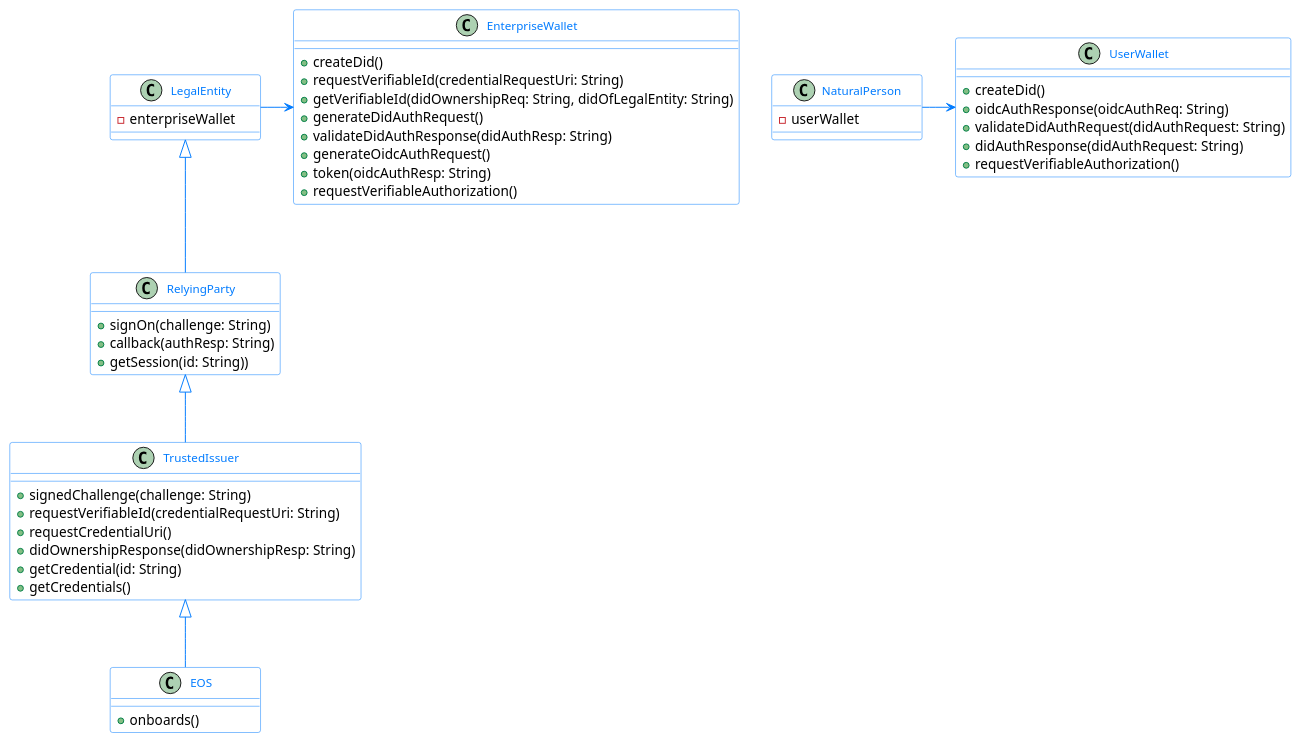
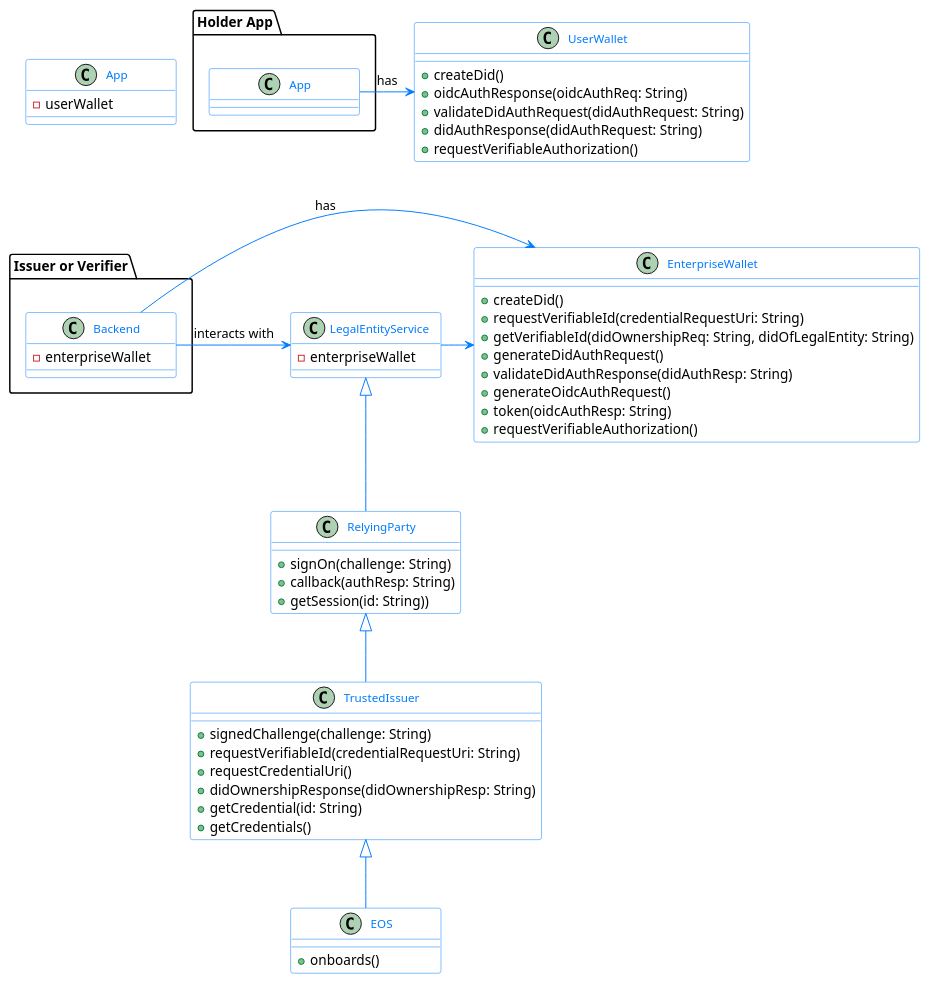
The diagram in src/main/kotlin/org/letstrust/examples/letstrust-essif-components.puml (walt-id/waltid-ssikit), drawn with PlantUML before and after one commit. The commit also changed 5 other files, not shown here.

```diff
--- a/src/main/kotlin/org/letstrust/examples/letstrust-essif-components.puml
+++ b/src/main/kotlin/org/letstrust/examples/letstrust-essif-components.puml
@@ -1,84 +1,98 @@
 @startuml
 'https://plantuml.com/class-diagram
 
 skinparam classFontColor 007BFF
 skinparam classFontSize 12
 skinparam classFontName Aapex
 skinparam backgroundColor white
 skinparam minClassWidth 155
 skinparam nodesep 34
 skinparam ranksep 70
 
 skinparam class {
 BorderColor 007BFF
 ArrowColor 007BFF
 BackgroundColor white
 }
 
 skinparam interface {
 BorderColor 007BFF
 ArrowColor 007BFF
 }
 
 skinparam note {
 BorderColor 007BFF
 BackgroundColor 7ACFF5
 }
 
-LegalEntity -> EnterpriseWallet
-LegalEntity <|-- RelyingParty
+package "Issuer or Verifier" {
+class Backend {
+ - enterpriseWallet
+ }
+}
+
+Backend -> EnterpriseWallet: has
+Backend -> LegalEntityService: interacts with
+LegalEntityService -> EnterpriseWallet
+LegalEntityService <|-- RelyingParty
 RelyingParty <|-- TrustedIssuer
 TrustedIssuer <|-- EOS
 
 'EnterpriseWallet ..> EOS: onboards >
 'UserWallet ..> EOS: onboards >
 
-NaturalPerson -> UserWallet
+package "Holder App" {
+class App
+}
+
+App -> UserWallet: has
 
 class EnterpriseWallet {
 + createDid()
 + requestVerifiableId(credentialRequestUri: String)
 + getVerifiableId(didOwnershipReq: String, didOfLegalEntity: String)
 + generateDidAuthRequest()
 + validateDidAuthResponse(didAuthResp: String)
 + generateOidcAuthRequest()
 + token(oidcAuthResp: String)
 + requestVerifiableAuthorization()
 }
 
 class UserWallet {
 + createDid()
 + oidcAuthResponse(oidcAuthReq: String)
 + validateDidAuthRequest(didAuthRequest: String)
 + didAuthResponse(didAuthRequest: String)
 + requestVerifiableAuthorization()
 }
 
-class LegalEntity {
+class LegalEntityService {
  - enterpriseWallet
 }
 
 class RelyingParty {
  + signOn(challenge: String)
  + callback(authResp: String)
  + getSession(id: String))
 }
 
 class TrustedIssuer {
  + signedChallenge(challenge: String)
  + requestVerifiableId(credentialRequestUri: String)
  + requestCredentialUri()
  + didOwnershipResponse(didOwnershipResp: String)
  + getCredential(id: String)
  + getCredentials()
 }
 
 class EOS {
  + onboards()
 }
 
-class NaturalPerson {
+class App {
  - userWallet
 }
 
+App -[hidden]- Backend
+
 @enduml
```
